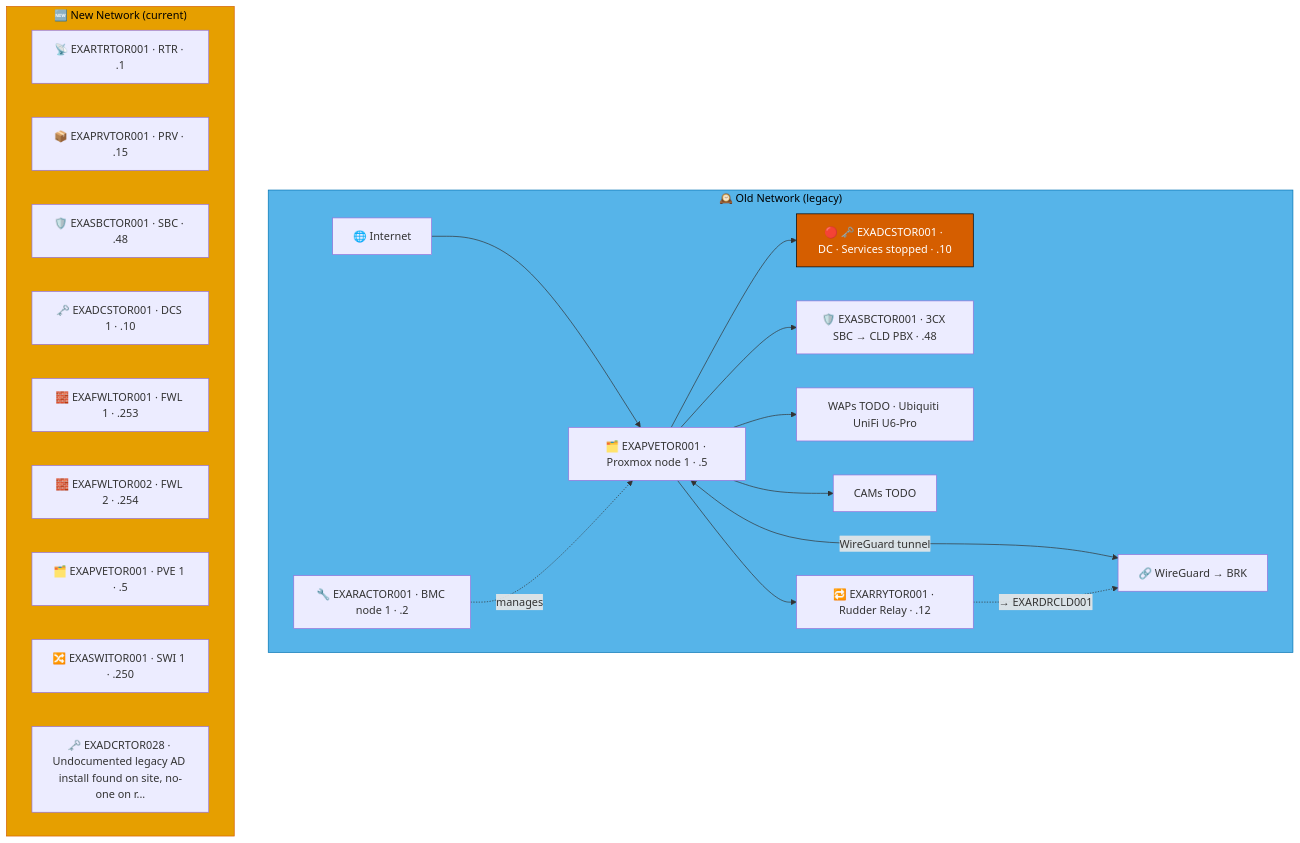
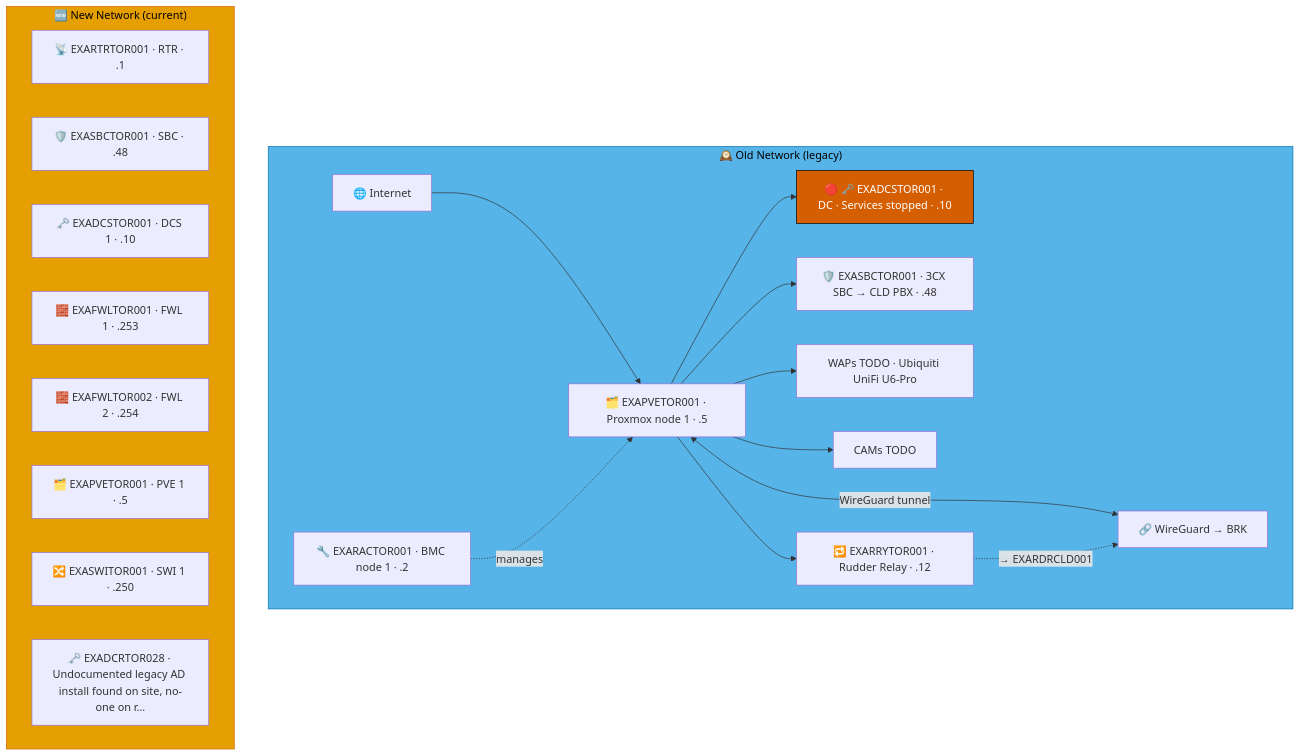
Before and after one commit to knightmare2600/example_music_infra: the second of 3 diagrams in docs/network-diagram/canada.md, drawn with Mermaid. The commit also changed other lines of this file and 55 other files, not shown here.

````diff
--- a/docs/network-diagram/canada.md
+++ b/docs/network-diagram/canada.md
@@ -89,39 +88,38 @@
 ```mermaid
 graph TD
     subgraph OLD_TOR ["🕰️ Old Network (legacy)"]
       INET["🌐 Internet"]
       RAC["🔧 EXARACTOR001 · BMC node 1 · .2"]
       PVE["🗂️ EXAPVETOR001 · Proxmox node 1 · .5"]
       DC["🔴 🗝️ EXADCSTOR001 · DC · Services stopped · .10"]
       SBC["🛡️ EXASBCTOR001 · 3CX SBC → CLD PBX · .48"]
       RRY["🔁 EXARRYTOR001 · Rudder Relay · .12"]
       WAP["WAPs TODO · Ubiquiti UniFi U6-Pro"]
       CAM["CAMs TODO"]
       VPN["🔗 WireGuard → BRK"]
 
       INET --> PVE --> DC & SBC
       RAC -.->|"manages"| PVE
       PVE --> WAP & CAM
       PVE <-->|"WireGuard tunnel"| VPN
 
       PVE --> RRY
       RRY -. "→ EXARDRCLD001" .-> VPN
     end
     style OLD_TOR fill:#56B4E9,stroke:#0072B2,color:#000000
     %% GENERATED:NEW-NETWORK:TOR:START
     subgraph NEW_TOR ["🆕 New Network (current)"]
       N_RTR["📡 EXARTRTOR001 · RTR · .1"]
-      N_PRV["📦 EXAPRVTOR001 · PRV · .15"]
       N_SBC["🛡️ EXASBCTOR001 · SBC · .48"]
       N_DCS["🗝️ EXADCSTOR001 · DCS 1 · .10"]
       N_FWL["🧱 EXAFWLTOR001 · FWL 1 · .253"]
       N_FWL2["🧱 EXAFWLTOR002 · FWL 2 · .254"]
       N_PVE["🗂️ EXAPVETOR001 · PVE 1 · .5"]
       N_SWI["🔀 EXASWITOR001 · SWI 1 · .250"]
       N_DCR["🗝️ EXADCRTOR028 · Undocumented legacy AD install found on site, no-one on r..."]
     end
     style NEW_TOR fill:#E69F00,stroke:#D55E00,color:#000000
     %% GENERATED:NEW-NETWORK:TOR:END
     classDef warn fill:#D55E00,stroke:#000000,color:#ffffff
     class DC warn
 ```
````
